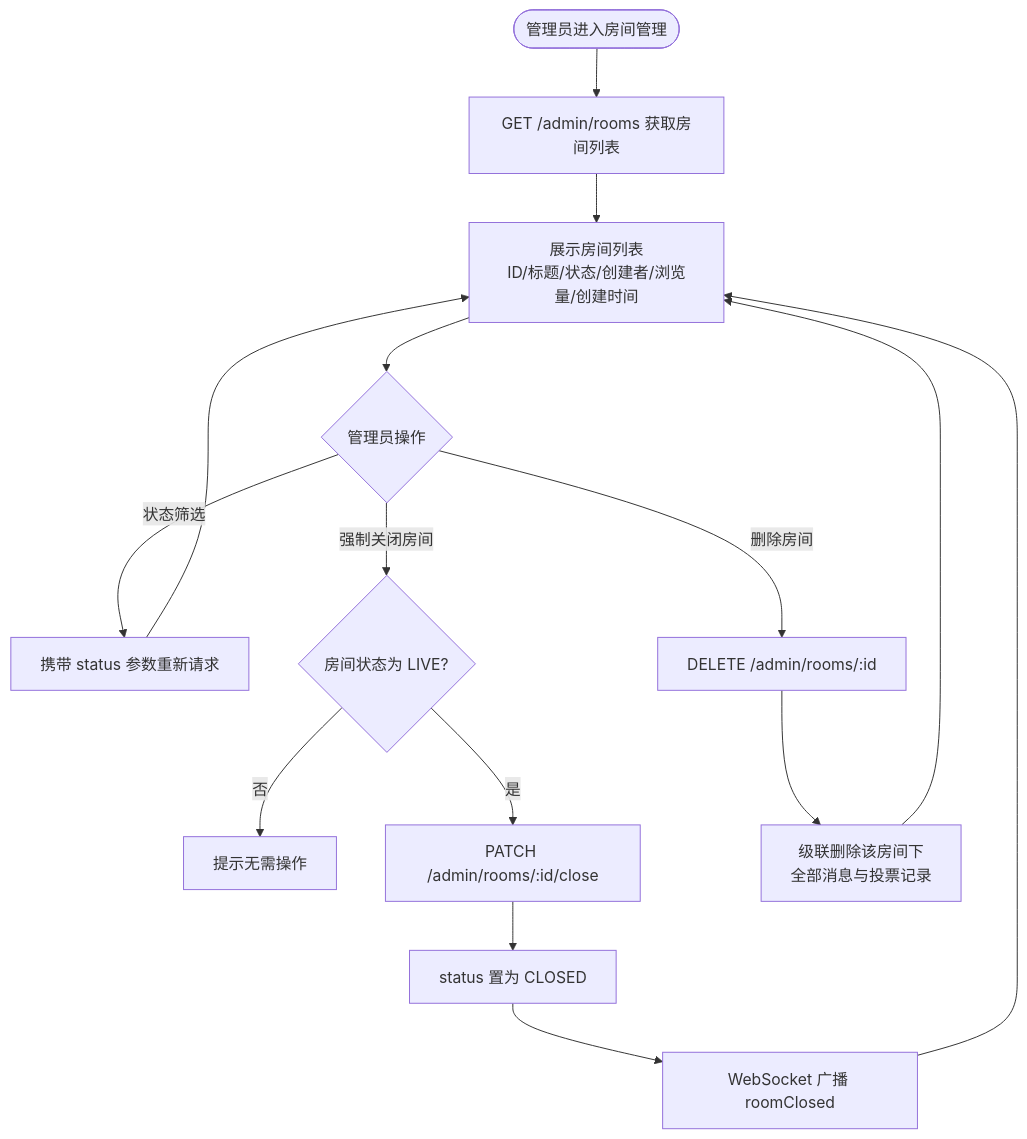
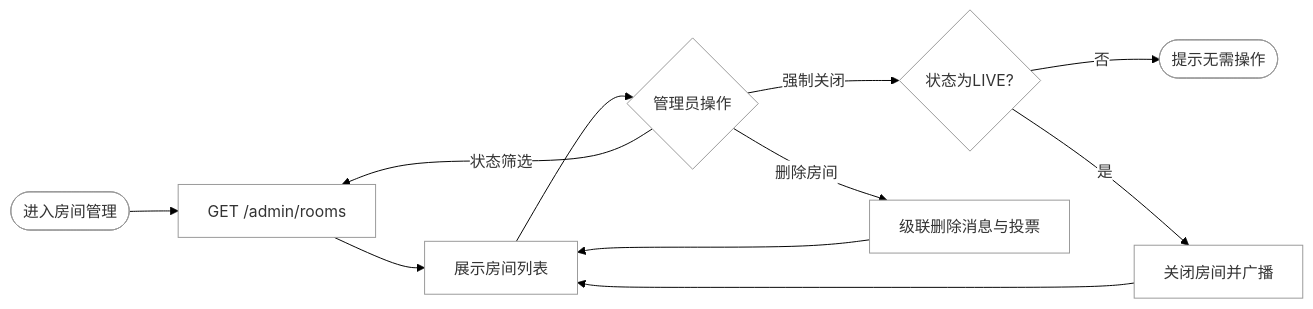
Diagram 13 of 19 in docs/毕设图表.md (huangkaihao666/graduate-design), drawn with Mermaid before and after one commit. The commit also changed other lines of this file, not shown here.

Commit message:
docs: 添加毕设图表40%

````diff
--- a/docs/毕设图表.md
+++ b/docs/毕设图表.md
@@ -494,15 +461,14 @@
 ```mermaid
-flowchart TD
-    A([管理员进入房间管理]) --> B[GET /admin/rooms 获取房间列表]
-    B --> C[展示房间列表<br/>ID/标题/状态/创建者/浏览量/创建时间]
+%%{init:{'theme':'base','themeVariables':{'background':'#ffffff','mainBkg':'#ffffff','clusterBkg':'#ffffff','nodeBorder':'#999999','edgeLabelBackground':'#ffffff'}}}%%
+flowchart LR
+    A([进入房间管理]) --> B[GET /admin/rooms]
+    B --> C[展示房间列表]
     C --> D{管理员操作}
-    D -- 状态筛选 --> E[携带 status 参数重新请求]
-    E --> C
-    D -- 强制关闭房间 --> F{房间状态为 LIVE?}
-    F -- 否 --> G[提示无需操作]
-    F -- 是 --> H[PATCH /admin/rooms/:id/close]
-    H --> I[status 置为 CLOSED]
-    I --> J[WebSocket 广播 roomClosed] --> C
-    D -- 删除房间 --> K[DELETE /admin/rooms/:id]
-    K --> L[级联删除该房间下<br/>全部消息与投票记录] --> C
+    D -- 状态筛选 --> B
+    D -- 强制关闭 --> E{状态为LIVE?}
+    E -- 否 --> F([提示无需操作])
+    E -- 是 --> G[关闭房间并广播]
+    G --> C
+    D -- 删除房间 --> H[级联删除消息与投票]
+    H --> C
 ```
````
